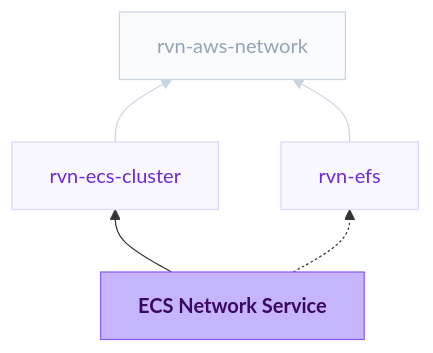
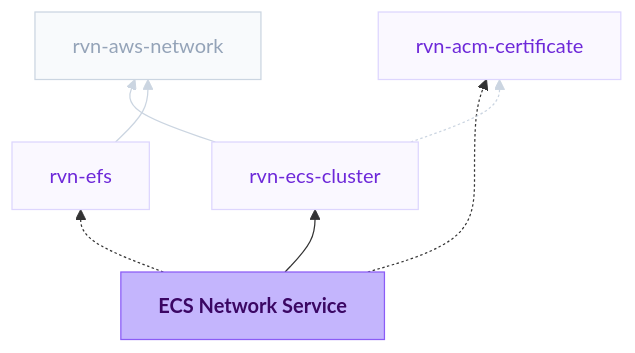
Before and after one commit to flightcontrolhq/docs: the diagram in module-definitions/catalog/rvn-ecs-nlb.mdx, drawn with Mermaid. The commit also changed other lines of this file and 7 other files, not shown here.

Commit message:
chore: sync module catalog docs

````diff
--- a/module-definitions/catalog/rvn-ecs-nlb.mdx
+++ b/module-definitions/catalog/rvn-ecs-nlb.mdx
@@ -13,21 +13,24 @@
 ```mermaid
 flowchart BT
   rvn_ecs_nlb["<strong>ECS Network Service</strong>"] --> rvn_ecs_cluster["rvn-ecs-cluster"]
+  rvn_ecs_nlb -.-> rvn_acm_certificate["rvn-acm-certificate"]
   rvn_ecs_nlb -.-> rvn_efs["rvn-efs"]
   rvn_ecs_cluster --> rvn_aws_network["rvn-aws-network"]
+  rvn_ecs_cluster -.-> rvn_acm_certificate
   rvn_efs --> rvn_aws_network
 
   class rvn_ecs_nlb current
-  class rvn_ecs_cluster,rvn_efs dependency
+  class rvn_ecs_cluster,rvn_acm_certificate,rvn_efs dependency
   class rvn_aws_network upstream
 
   classDef current fill:#C4B5FD,stroke:#8B5CF6,color:#3B0764
   classDef dependency fill:#FAF8FF,stroke:#DDD6FE,color:#6D28D9
   classDef consumer fill:#F3F4F6,stroke:#9CA3AF,color:#4B5563
   classDef upstream fill:#F8FAFC,stroke:#CBD5E1,color:#94A3B8
-  linkStyle 2,3 stroke:#CBD5E1,color:#94A3B8
+  linkStyle 3,4,5 stroke:#CBD5E1,color:#94A3B8
 
   click rvn_ecs_cluster "/module-definitions/catalog/rvn-ecs-cluster" "Open rvn-ecs-cluster docs"
+  click rvn_acm_certificate "/module-definitions/catalog/rvn-acm-certificate" "Open rvn-acm-certificate docs"
   click rvn_efs "/module-definitions/catalog/rvn-efs" "Open rvn-efs docs"
   click rvn_aws_network "/module-definitions/catalog/rvn-aws-network" "Open rvn-aws-network docs"
 ```
````
